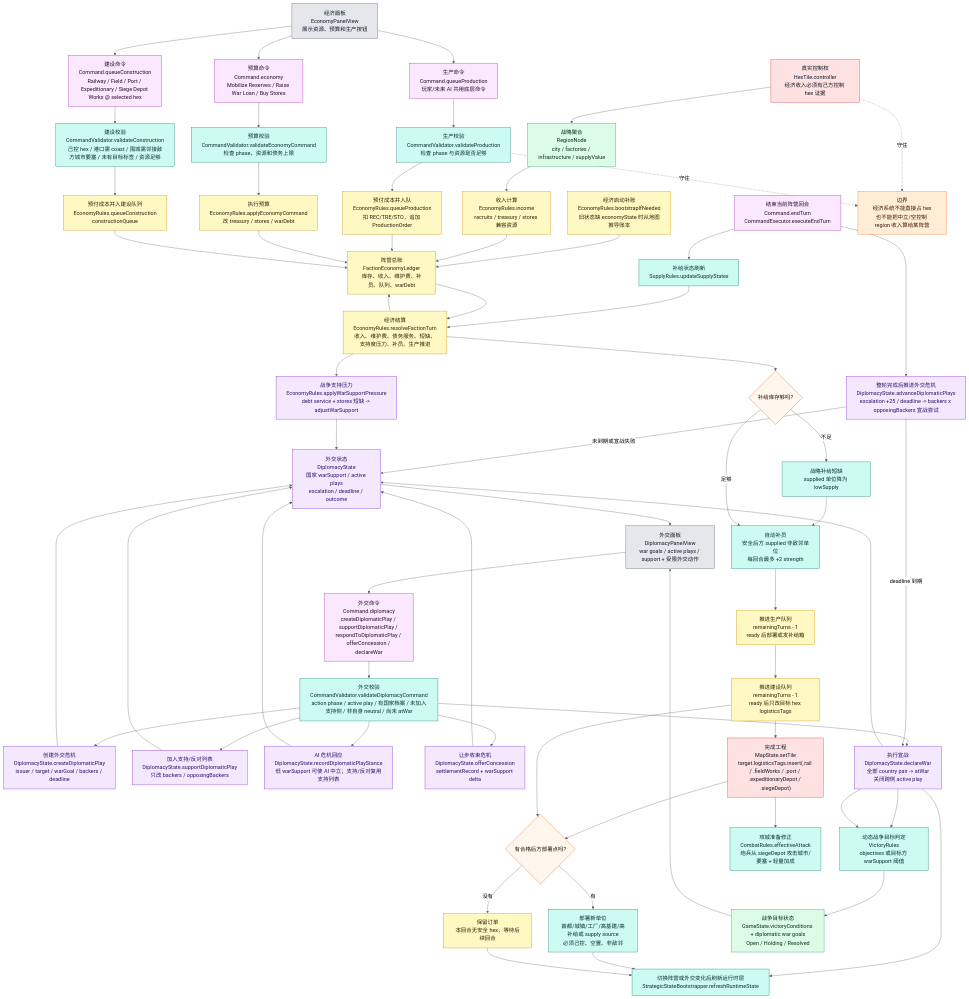
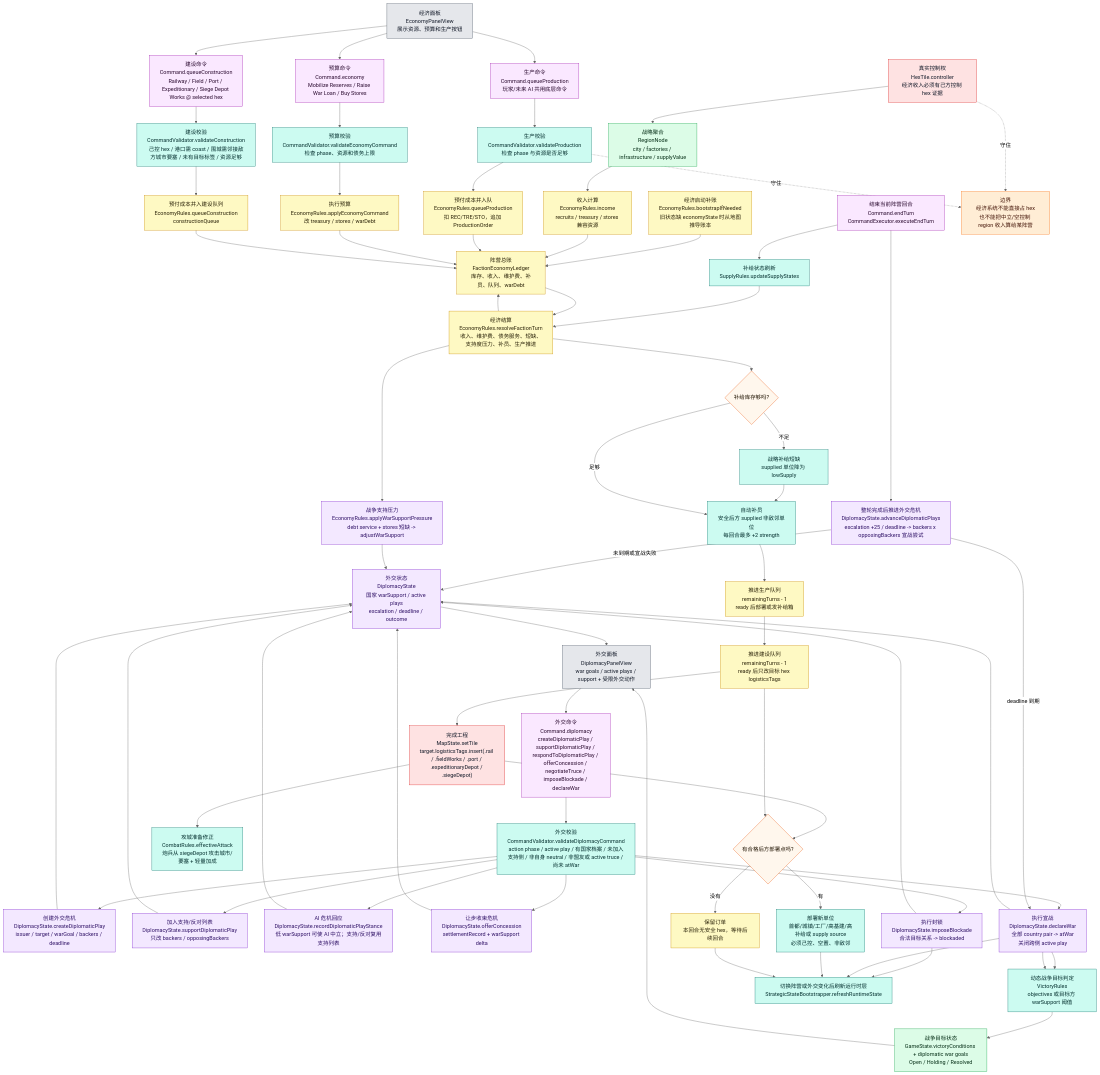
The fourth of 9 diagrams in md/flow/flowchart.md (Altman-sam114/126), drawn with Mermaid (neutral theme) before and after one commit. The commit also changed other lines of this file and 12 other files, not shown here.

Commit message:
feat(diplomacy): add blockade command

```diff
--- a/md/flow/flowchart.md
+++ b/md/flow/flowchart.md
@@ -223,12 +223,13 @@
     BLDVALID["建设校验<br/>CommandValidator.validateConstruction<br/>己控 hex / 港口需 coast / 围城需邻接敌方城市要塞 / 未有目标标签 / 资源足够"]:::rules
     BLDQUEUE["预付成本并入建设队列<br/>EconomyRules.queueConstruction<br/>constructionQueue"]:::economy
     DIP["外交状态<br/>DiplomacyState<br/>国家 warSupport / active plays<br/>escalation / deadline / outcome"]:::diplomacy
-    DIPCMD["外交命令<br/>Command.diplomacy<br/>createDiplomaticPlay / supportDiplomaticPlay / respondToDiplomaticPlay / offerConcession / declareWar"]:::command
-    DIPVALID["外交校验<br/>CommandValidator.validateDiplomacyCommand<br/>action phase / active play / 有国家档案 / 未加入支持侧 / 非自身 neutral / 尚未 atWar"]:::rules
+    DIPCMD["外交命令<br/>Command.diplomacy<br/>createDiplomaticPlay / supportDiplomaticPlay / respondToDiplomaticPlay / offerConcession / negotiateTruce / imposeBlockade / declareWar"]:::command
+    DIPVALID["外交校验<br/>CommandValidator.validateDiplomacyCommand<br/>action phase / active play / 有国家档案 / 未加入支持侧 / 非自身 neutral / 非盟友或 active truce / 尚未 atWar"]:::rules
     DIPPLAY["创建外交危机<br/>DiplomacyState.createDiplomaticPlay<br/>issuer / target / warGoal / backers / deadline"]:::diplomacy
     DIPSUPPORT["加入支持/反对列表<br/>DiplomacyState.supportDiplomaticPlay<br/>只改 backers / opposingBackers"]:::diplomacy
     DIPRESP["AI 危机回应<br/>DiplomacyState.recordDiplomaticPlayStance<br/>低 warSupport 可使 AI 中立；支持/反对复用支持列表"]:::diplomacy
     DIPSETTLE["让步收束危机<br/>DiplomacyState.offerConcession<br/>settlementRecord + warSupport delta"]:::diplomacy
+    DIPBLOCK["执行封锁<br/>DiplomacyState.imposeBlockade<br/>合法目标关系 -> blockaded"]:::diplomacy
     DIPADV["整轮完成后推进外交危机<br/>DiplomacyState.advanceDiplomaticPlays<br/>escalation +25 / deadline -> backers x opposingBackers 宣战尝试"]:::diplomacy
     DIPAPPLY["执行宣战<br/>DiplomacyState.declareWar<br/>全部 country pair -> atWar<br/>关闭跨侧 active play"]:::diplomacy
     DIPVICTORY["动态战争目标判定<br/>VictoryRules<br/>objectives 或目标方 warSupport 阈值"]:::rules
@@ -262,6 +263,8 @@
     DIPVALID --> DIPSUPPORT --> DIP
     DIPVALID --> DIPRESP --> DIP
     DIPVALID --> DIPSETTLE --> DIP
+    DIPVALID --> DIPBLOCK --> DIP
+    DIPBLOCK --> NEXT
     DIPVALID --> DIPAPPLY --> DIP
     DIPAPPLY --> NEXT
     DIPAPPLY --> DIPVICTORY
```
